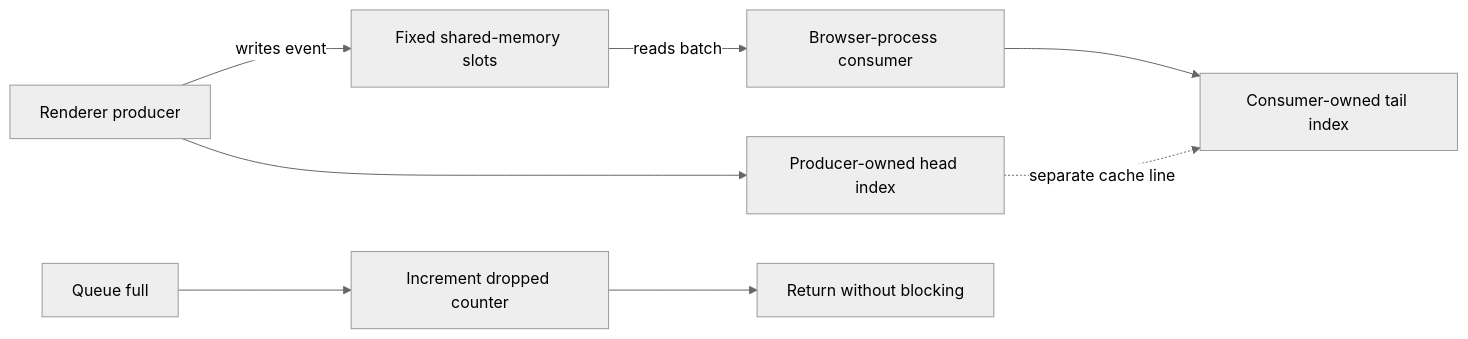
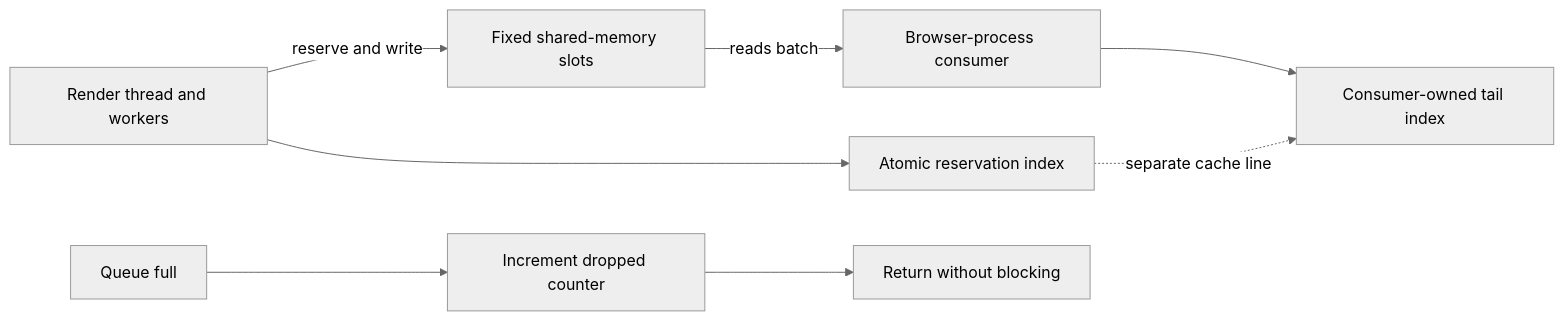
Before and after one commit to sunghoojung/reverse-engineering-browser: the fourth of 6 diagrams in docs/architecture/technical-architecture.md, drawn with Mermaid (neutral theme). The commit also changed other lines of this file and 35 other files, not shown here.

````diff
--- a/docs/architecture/technical-architecture.md
+++ b/docs/architecture/technical-architecture.md
@@ -195,10 +197,10 @@
 ```mermaid
 flowchart LR
-    Producer["Renderer producer"] -->|"writes event"| Slots["Fixed shared-memory slots"]
+    Producer["Render thread and workers"] -->|"reserve and write"| Slots["Fixed shared-memory slots"]
     Slots -->|"reads batch"| Consumer["Browser-process consumer"]
-    Producer --> Head["Producer-owned head index"]
+    Producer --> Head["Atomic reservation index"]
     Consumer --> Tail["Consumer-owned tail index"]
     Head -. "separate cache line" .-> Tail
     Full["Queue full"] --> Drop["Increment dropped counter"]
     Drop --> Continue["Return without blocking"]
 ```
````
